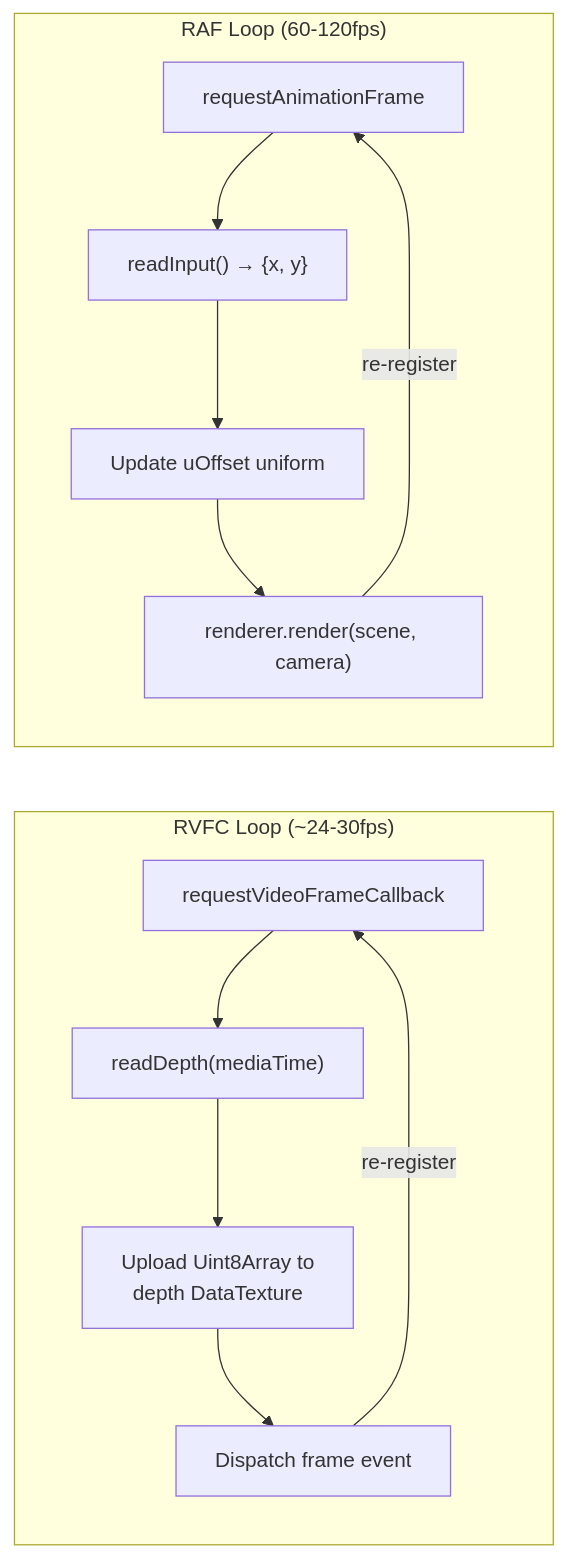
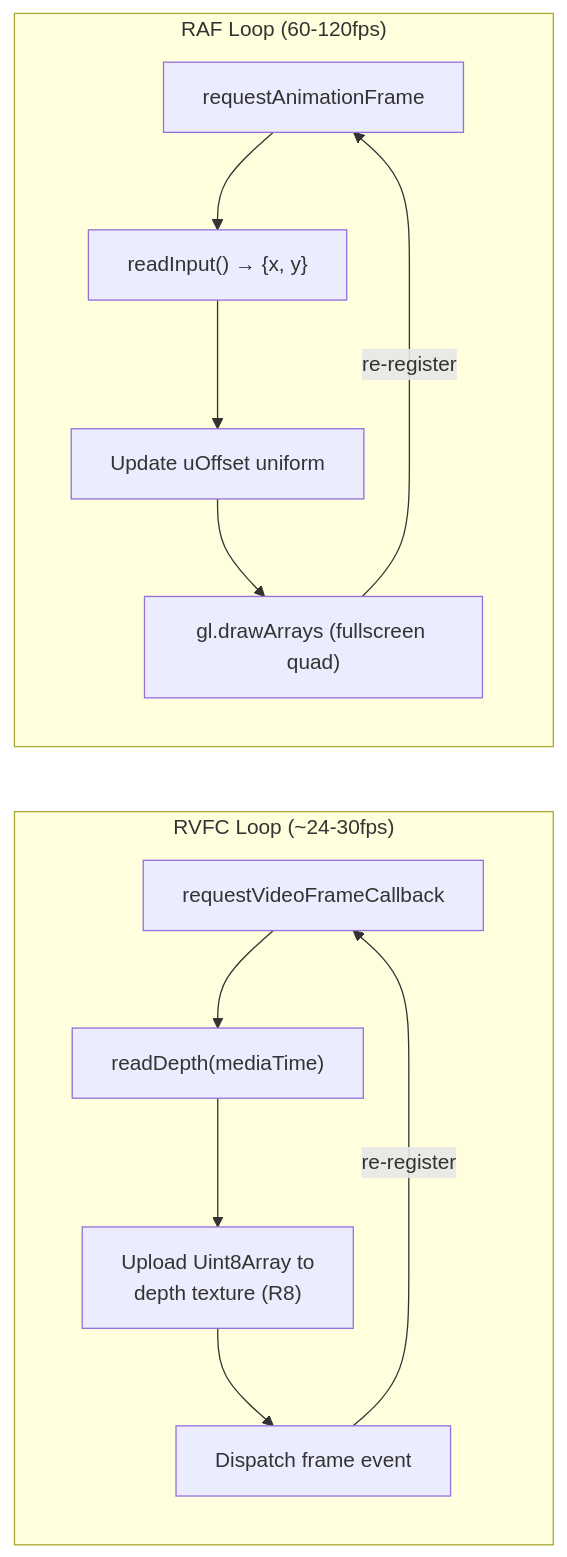
Before and after one commit to jeremysykes/layershift: the first of 2 diagrams in docs/diagrams/parallax-render-loop.md, drawn with Mermaid. The commit also changed 6 other files, not shown here.

````diff
--- a/docs/diagrams/parallax-render-loop.md
+++ b/docs/diagrams/parallax-render-loop.md
@@ -7,22 +7,22 @@
 ```mermaid
 graph LR
     subgraph "RVFC Loop (~24-30fps)"
         direction TB
         VFC["requestVideoFrameCallback"]
         RD["readDepth(mediaTime)"]
-        UT["Upload Uint8Array to<br/>depth DataTexture"]
+        UT["Upload Uint8Array to<br/>depth texture (R8)"]
         EV["Dispatch frame event"]
         VFC --> RD --> UT --> EV
         EV -->|re-register| VFC
     end
 
     subgraph "RAF Loop (60-120fps)"
         direction TB
         RAF["requestAnimationFrame"]
         RI["readInput() → {x, y}"]
         UO["Update uOffset uniform"]
-        RENDER["renderer.render(scene, camera)"]
+        RENDER["gl.drawArrays (fullscreen quad)"]
         RAF --> RI --> UO --> RENDER
         RENDER -->|re-register| RAF
     end
 ```
````
